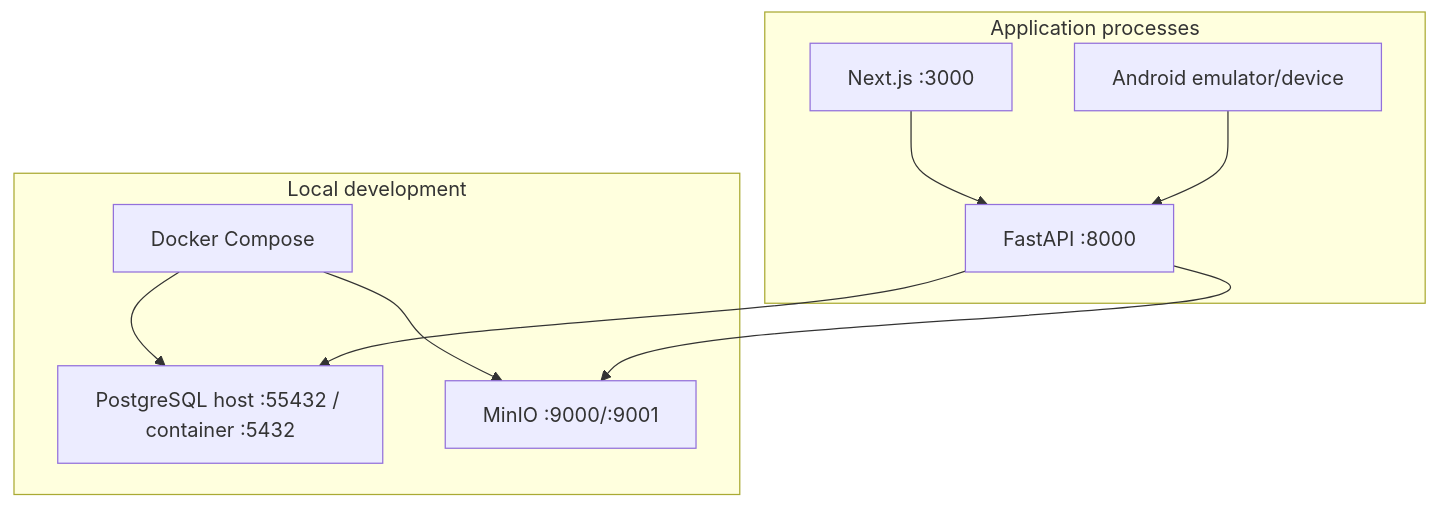
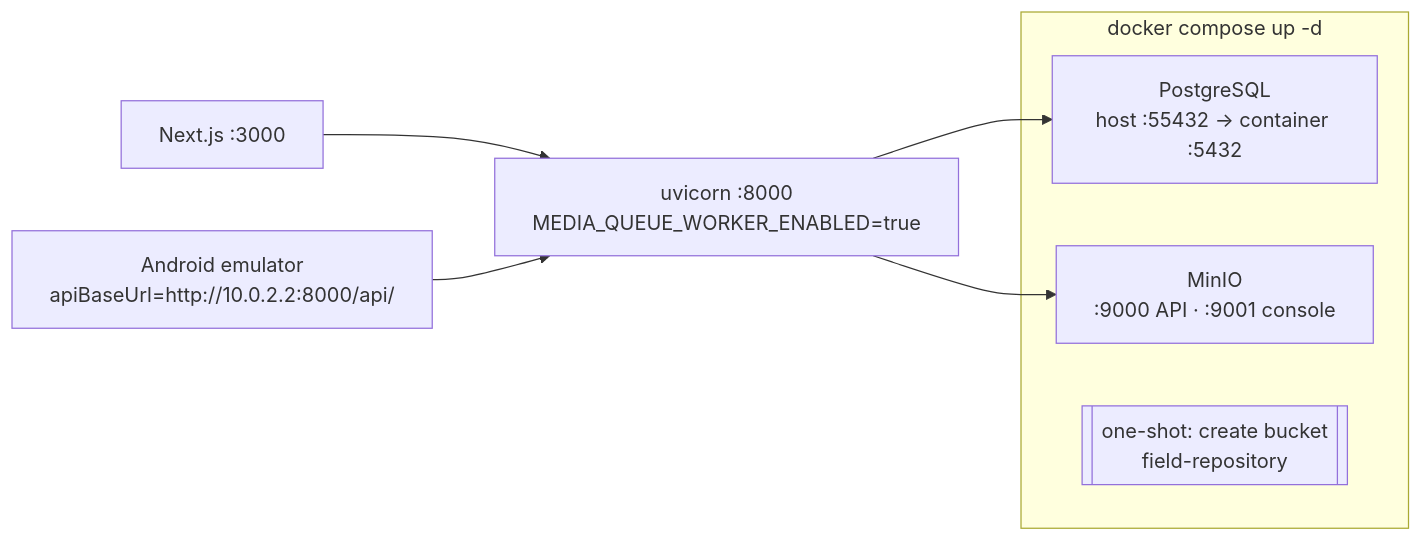
Before and after one commit to cxacraftecosystem-ui/documentation-portal: diagram 13 of 13 in docs/ARCHITECTURE.md, drawn with Mermaid. The commit also changed other lines of this file and 278 other files, not shown here.

````diff
--- a/docs/ARCHITECTURE.md
+++ b/docs/ARCHITECTURE.md
@@ -295,21 +547,16 @@
 ```mermaid
-flowchart TB
-  subgraph Local["Local development"]
-    compose[Docker Compose]
-    pg[PostgreSQL host :55432 / container :5432]
-    minio[MinIO :9000/:9001]
-    compose --> pg
-    compose --> minio
+flowchart LR
+  subgraph compose["docker compose up -d"]
+    pg[PostgreSQL<br/>host :55432 → container :5432]
+    minio[MinIO<br/>:9000 API · :9001 console]
+    bucket[[one-shot: create bucket<br/>field-repository]]
   end
-
-  subgraph Apps["Application processes"]
-    next[Next.js :3000]
-    fastapi[FastAPI :8000]
-    kotlin[Android emulator/device]
-  end
+  next["Next.js :3000"]
+  fastapi["uvicorn :8000<br/>MEDIA_QUEUE_WORKER_ENABLED=true"]
+  kotlin["Android emulator<br/>apiBaseUrl=http://10.0.2.2:8000/api/"]
 
   next --> fastapi
   kotlin --> fastapi
   fastapi --> pg
   fastapi --> minio
 ```
````
